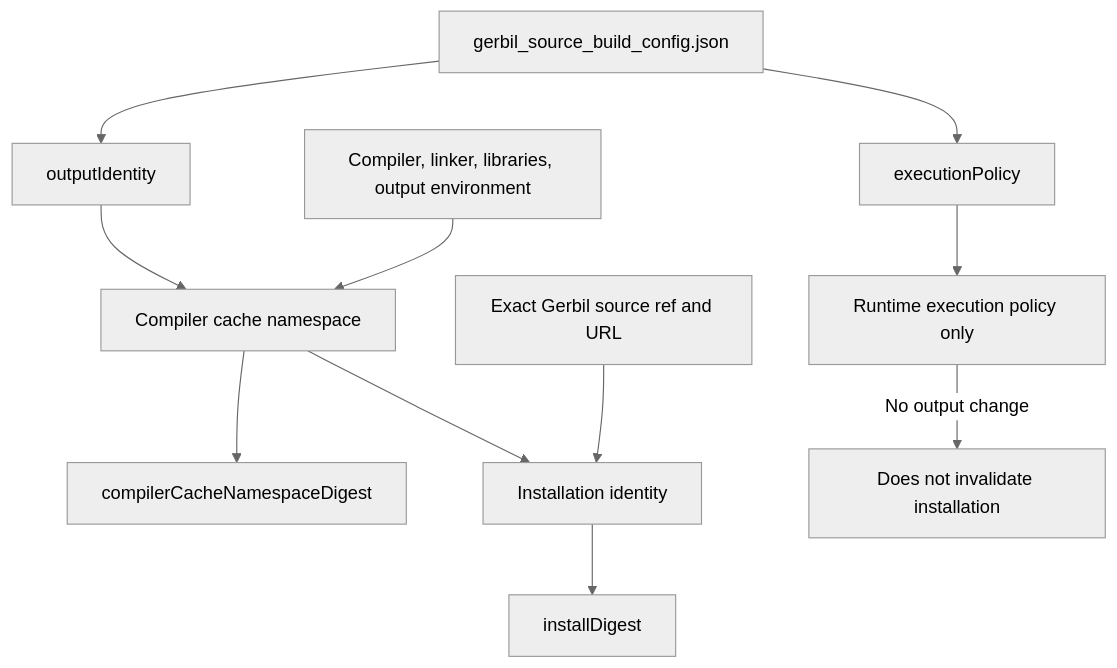
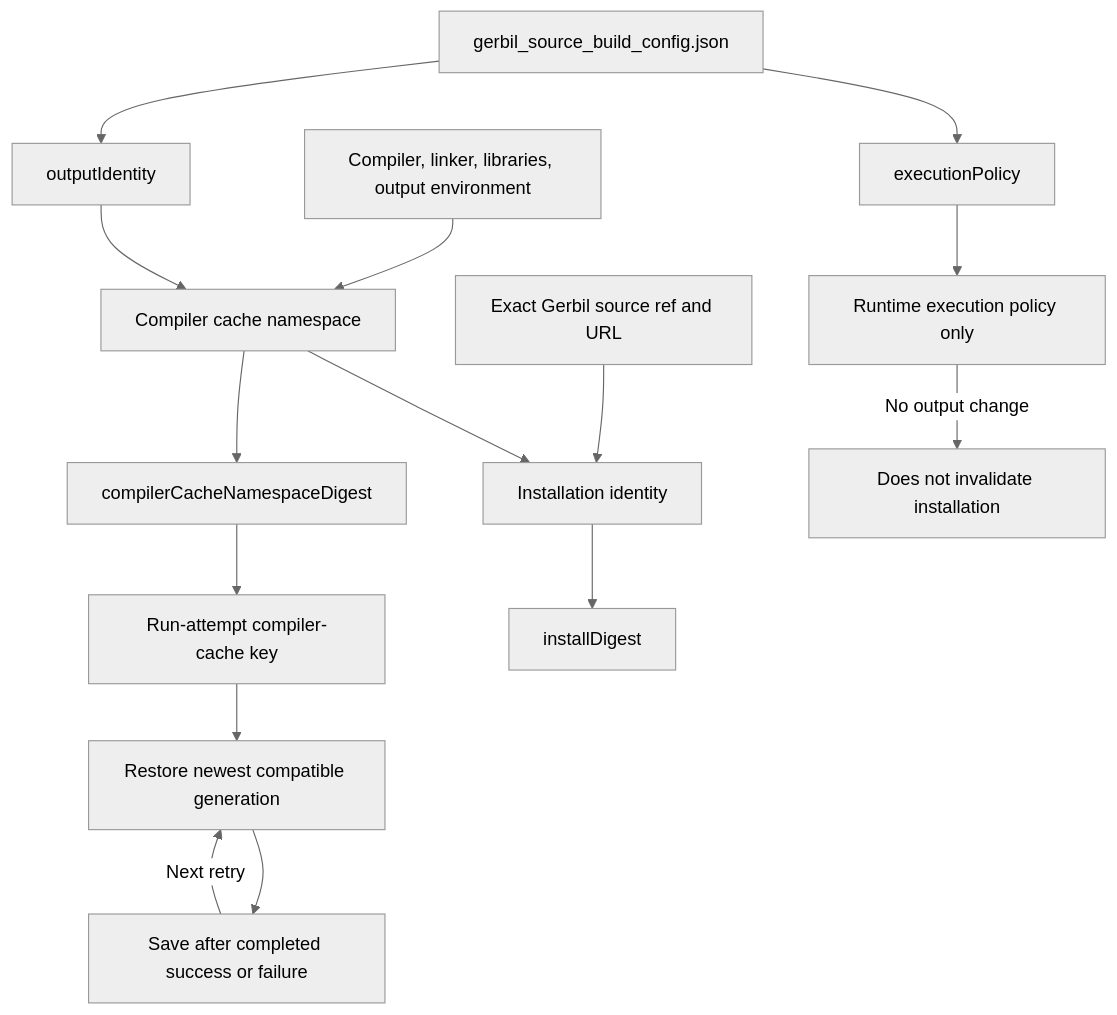
The first of 3 diagrams in docs/rfc/0007-source-build-identity-v1.org (tao3k/gerbil-bazel), drawn with Mermaid (neutral theme) before and after one commit. The commit also changed other lines of this file and 5 other files, not shown here.

```diff
--- a/docs/rfc/0007-source-build-identity-v1.org
+++ b/docs/rfc/0007-source-build-identity-v1.org
@@ -28,13 +28,17 @@
 #+begin_src mermaid
 flowchart TD
   A["gerbil_source_build_config.json"] --> B["outputIdentity"]
   A --> C["executionPolicy"]
   D["Compiler, linker, libraries, output environment"] --> E["Compiler cache namespace"]
   B --> E
   E --> F["compilerCacheNamespaceDigest"]
+  F --> L["Run-attempt compiler-cache key"]
+  L --> M["Restore newest compatible generation"]
+  M --> N["Save after completed success or failure"]
+  N -->|"Next retry"| M
   G["Exact Gerbil source ref and URL"] --> H["Installation identity"]
   E --> H
   H --> I["installDigest"]
   C --> J["Runtime execution policy only"]
   J -->|"No output change"| K["Does not invalidate installation"]
 #+end_src
```
